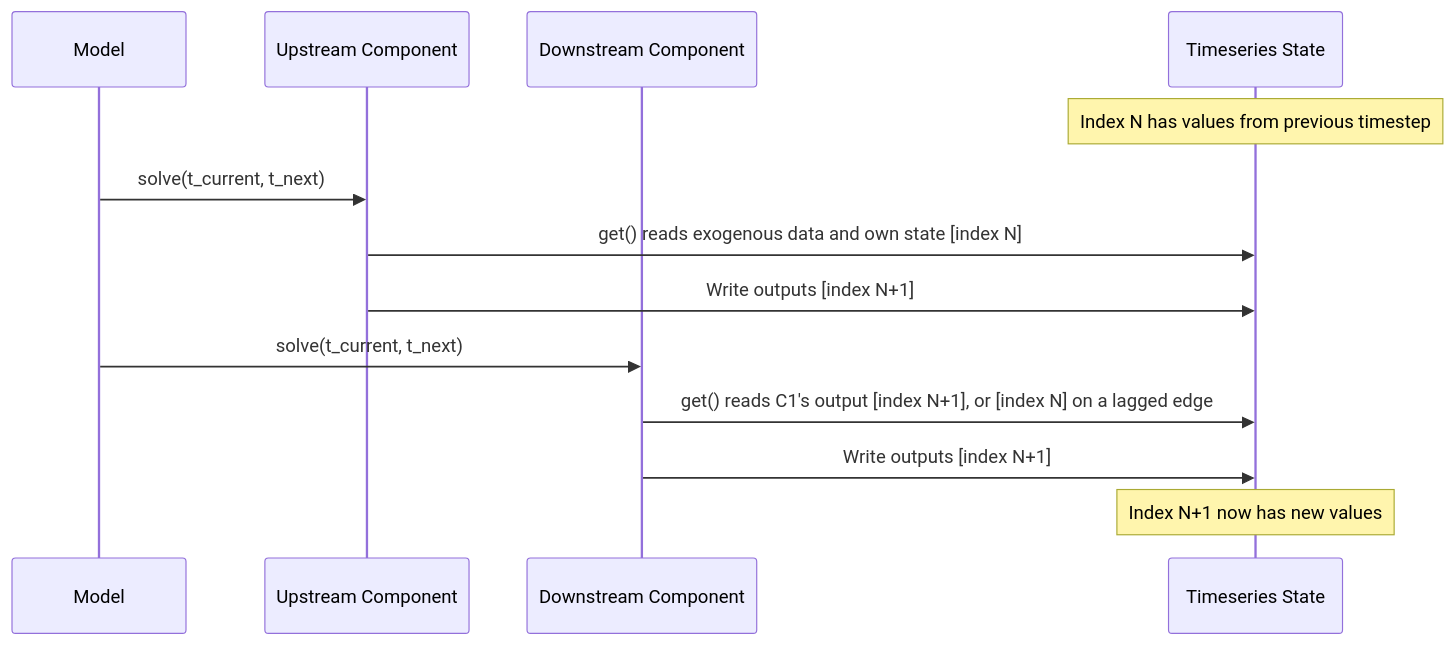
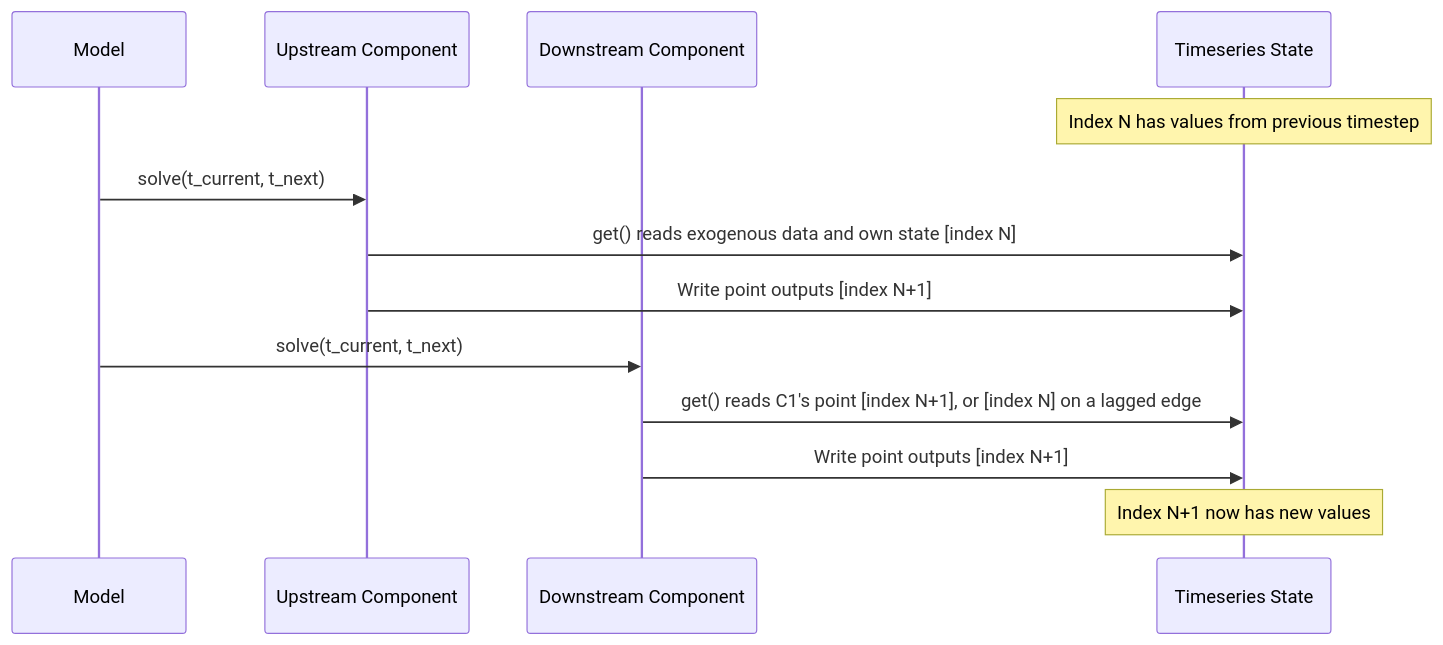
The second of 2 diagrams in docs/key_concepts.md (lewisjared/rscm), drawn with Mermaid before and after one commit. The commit also changed other lines of this file and 22 other files, not shown here.

````diff
--- a/docs/key_concepts.md
+++ b/docs/key_concepts.md
@@ -186,16 +190,16 @@
 ```mermaid
 sequenceDiagram
     participant Model
     participant C1 as Upstream Component
     participant C2 as Downstream Component
     participant State as Timeseries State
 
     Note over State: Index N has values from previous timestep
     Model->>C1: solve(t_current, t_next)
     C1->>State: get() reads exogenous data and own state [index N]
-    C1->>State: Write outputs [index N+1]
+    C1->>State: Write point outputs [index N+1]
     Model->>C2: solve(t_current, t_next)
-    C2->>State: get() reads C1's output [index N+1], or [index N] on a lagged edge
-    C2->>State: Write outputs [index N+1]
+    C2->>State: get() reads C1's point [index N+1], or [index N] on a lagged edge
+    C2->>State: Write point outputs [index N+1]
     Note over State: Index N+1 now has new values
 ```
````
